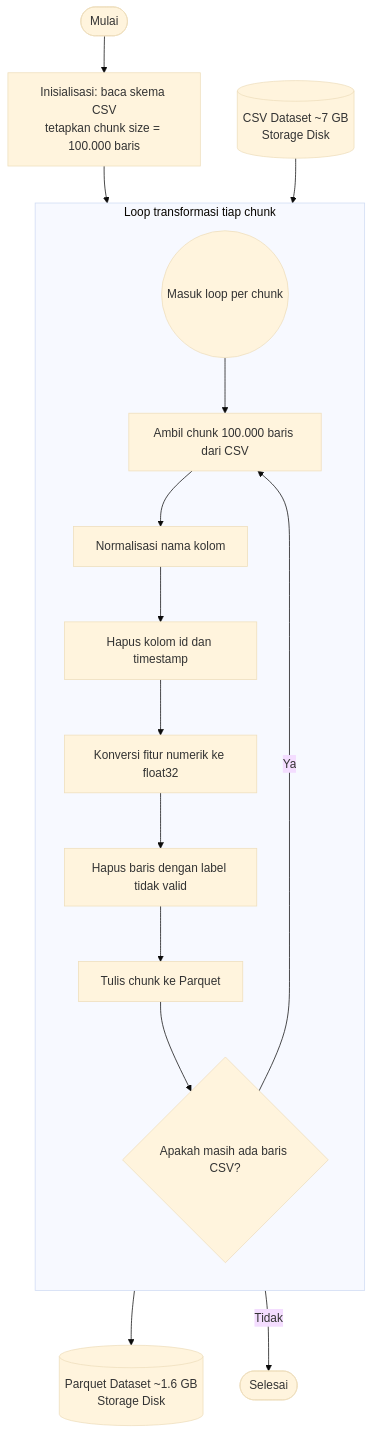
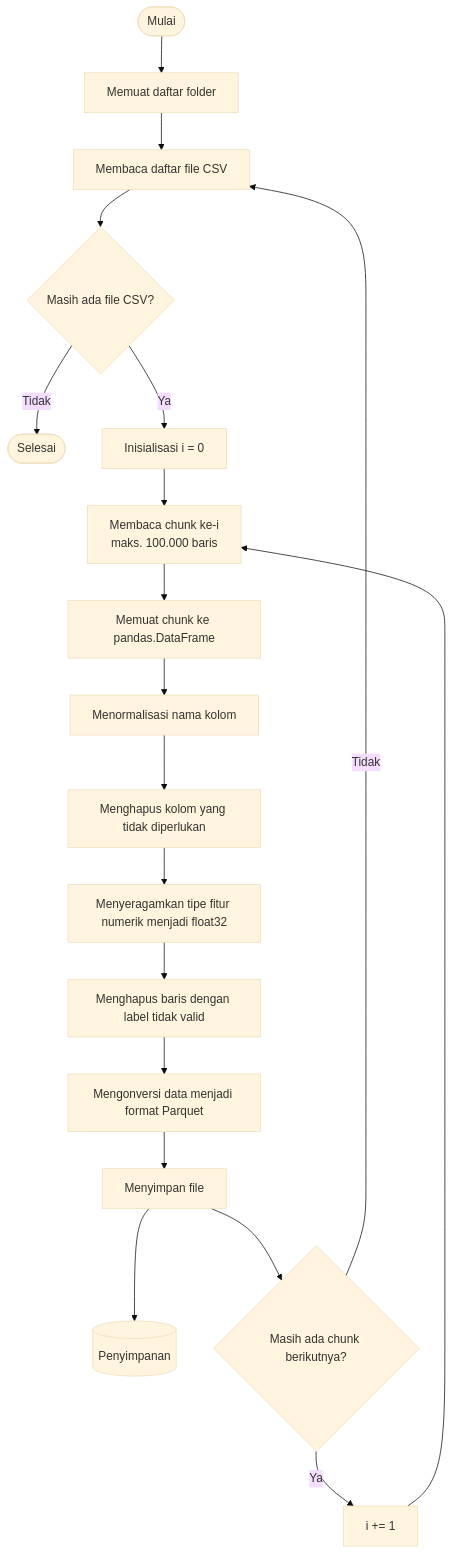
The diagram in thesis/04_bab_04/01_proses_pemuatan_data.md (JoxNeis/mlids-robustness), drawn with Mermaid (base theme) before and after one commit. The commit also changed other lines of this file and 2 other files, not shown here.

````diff
--- a/thesis/04_bab_04/01_proses_pemuatan_data.md
+++ b/thesis/04_bab_04/01_proses_pemuatan_data.md
@@ -21,22 +21,25 @@
 ```mermaid
 flowchart TD
-    Start([Mulai]) --> Init[Inisialisasi: baca skema CSV<br/>tetapkan chunk size = 100.000 baris]
-    Init --> LoopStart((Masuk loop per chunk))
+    mulai([Mulai])
+    mulai --> muat_folder[Memuat daftar folder]
+    muat_folder --> daftar_csv[Membaca daftar file CSV]
+    daftar_csv --> cek_file{Masih ada file CSV?}
 
-    CSV[(CSV Dataset ~7 GB<br/>Storage Disk)] --> Read
+    cek_file -->|Tidak| selesai([Selesai])
+    cek_file -->|Ya| init_i[Inisialisasi i = 0]
 
-    subgraph LoopPerChunk [Loop transformasi tiap chunk]
-        direction TD
-        LoopStart --> Read[Ambil chunk 100.000 baris dari CSV]
-        Read --> Norm[Normalisasi nama kolom]
-        Norm --> Drop[Hapus kolom id dan timestamp]
-        Drop --> Cast[Konversi fitur numerik ke float32]
-        Cast --> Clean[Hapus baris dengan label tidak valid]
-        Clean --> Write[Tulis chunk ke Parquet]
-        Write --> Check{Apakah masih ada baris CSV?}
-        Check -- Ya --> Read
-    end
+    init_i --> baca_chunk[Membaca chunk ke-i<br>maks. 100.000 baris]
+    baca_chunk --> ke_dataframe[Memuat chunk ke pandas.DataFrame]
+    ke_dataframe --> normalisasi_kolom[Menormalisasi nama kolom]
+    normalisasi_kolom --> bersihkan_kolom[Menghapus kolom yang tidak diperlukan]
+    bersihkan_kolom --> normalisasi_fitur[Menyeragamkan tipe fitur numerik menjadi float32]
+    normalisasi_fitur --> hapus_label[Menghapus baris dengan label tidak valid]
+    hapus_label --> ke_parquet[Mengonversi data menjadi format Parquet]
+    ke_parquet --> simpan_file[Menyimpan file]
+    simpan_file --> penyimpanan[(Penyimpanan)]
 
-    Write --> PQ[(Parquet Dataset ~1.6 GB<br/>Storage Disk)]
-    Check -- Tidak --> End([Selesai])
+    simpan_file --> cek_chunk{Masih ada chunk berikutnya?}
+    cek_chunk -->|Ya| tambah_i[i += 1]
+    tambah_i --> baca_chunk
+    cek_chunk -->|Tidak| daftar_csv
 ```
````
